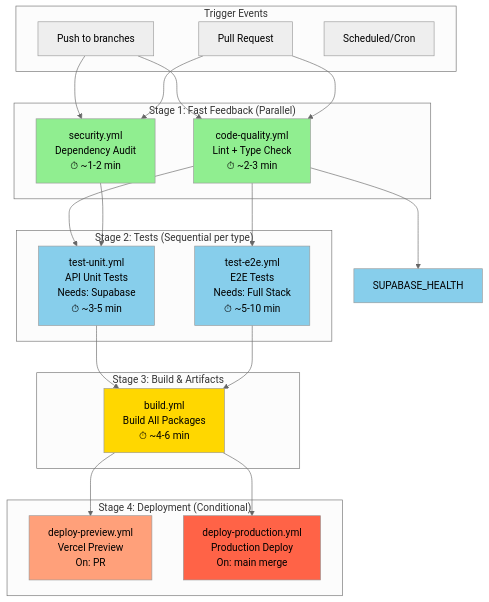
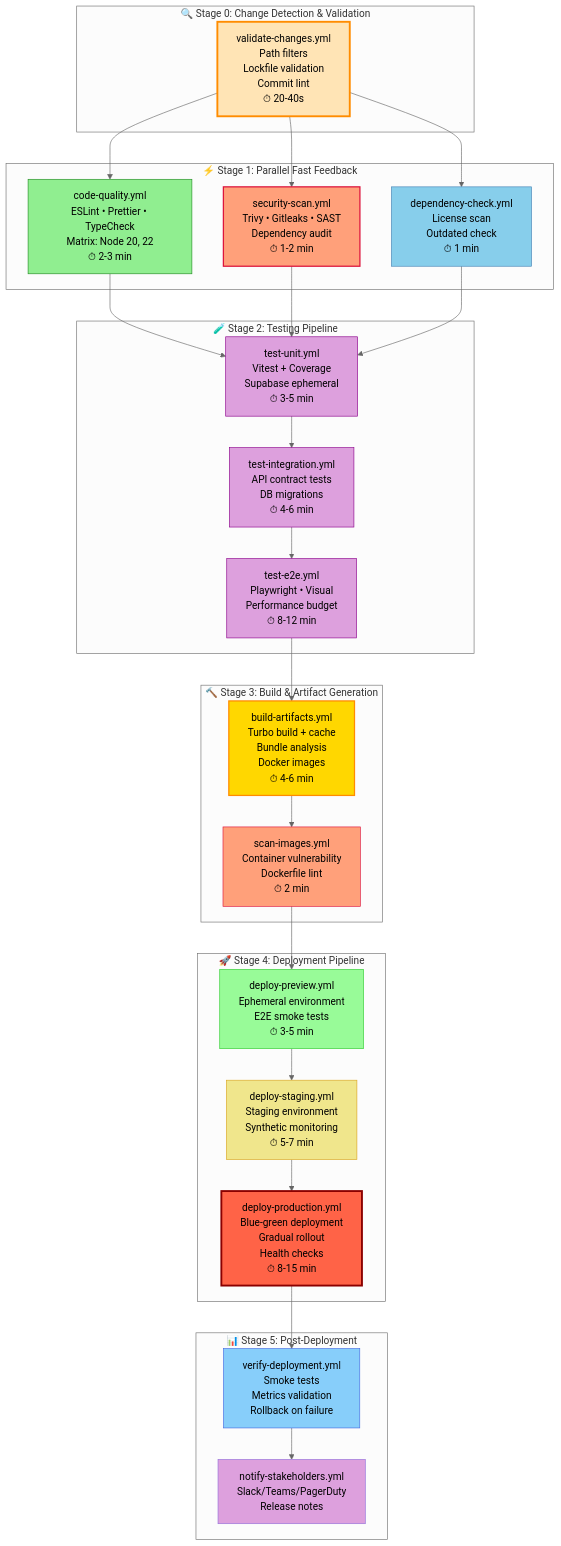
One commit to BrightonMboya/kilimo changed the diagram in .github/WORKFLOWS_ARCHITECTURE.md. Above: the diagram before and after it, drawn with Mermaid (neutral theme). The commit also changed other lines of this file and 9 other files, not shown here.

First line of the commit message:
ci: remove old workflows and start fresh with new architecture

````diff
--- a/.github/WORKFLOWS_ARCHITECTURE.md
+++ b/.github/WORKFLOWS_ARCHITECTURE.md
@@ -16,52 +52,69 @@
 ```mermaid
 graph TB
-    subgraph "Trigger Events"
-        PUSH[Push to branches]
-        PR[Pull Request]
-        SCHEDULE[Scheduled/Cron]
+    subgraph "🔍 Stage 0: Change Detection & Validation"
+        VALIDATE[validate-changes.yml<br/>Path filters<br/>Lockfile validation<br/>Commit lint<br/>⏱ 20-40s]
     end
 
-    subgraph "Stage 1: Fast Feedback (Parallel)"
-        LINT[code-quality.yml<br/>Lint + Type Check<br/>⏱ ~2-3 min]
-        SECURITY[security.yml<br/>Dependency Audit<br/>⏱ ~1-2 min]
+    subgraph "⚡ Stage 1: Parallel Fast Feedback"
+        LINT[code-quality.yml<br/>ESLint • Prettier • TypeCheck<br/>Matrix: Node 20, 22<br/>⏱ 2-3 min]
+        SECURITY[security-scan.yml<br/>Trivy • Gitleaks • SAST<br/>Dependency audit<br/>⏱ 1-2 min]
+        DEPS[dependency-check.yml<br/>License scan<br/>Outdated check<br/>⏱ 1 min]
     end
 
-    subgraph "Stage 2: Tests (Sequential per type)"
-        TEST_UNIT[test-unit.yml<br/>API Unit Tests<br/>Needs: Supabase<br/>⏱ ~3-5 min]
-        TEST_E2E[test-e2e.yml<br/>E2E Tests<br/>Needs: Full Stack<br/>⏱ ~5-10 min]
+    subgraph "🧪 Stage 2: Testing Pipeline"
+        TEST_UNIT[test-unit.yml<br/>Vitest + Coverage<br/>Supabase ephemeral<br/>⏱ 3-5 min]
+        TEST_INT[test-integration.yml<br/>API contract tests<br/>DB migrations<br/>⏱ 4-6 min]
+        TEST_E2E[test-e2e.yml<br/>Playwright • Visual<br/>Performance budget<br/>⏱ 8-12 min]
     end
 
-    subgraph "Stage 3: Build & Artifacts"
-        BUILD[build.yml<br/>Build All Packages<br/>⏱ ~4-6 min]
+    subgraph "🔨 Stage 3: Build & Artifact Generation"
+        BUILD[build-artifacts.yml<br/>Turbo build + cache<br/>Bundle analysis<br/>Docker images<br/>⏱ 4-6 min]
+        SCAN_IMG[scan-images.yml<br/>Container vulnerability<br/>Dockerfile lint<br/>⏱ 2 min]
     end
 
-    subgraph "Stage 4: Deployment (Conditional)"
-        PREVIEW[deploy-preview.yml<br/>Vercel Preview<br/>On: PR]
-        PROD[deploy-production.yml<br/>Production Deploy<br/>On: main merge]
+    subgraph "🚀 Stage 4: Deployment Pipeline"
+        DEPLOY_PREVIEW[deploy-preview.yml<br/>Ephemeral environment<br/>E2E smoke tests<br/>⏱ 3-5 min]
+        DEPLOY_STAGING[deploy-staging.yml<br/>Staging environment<br/>Synthetic monitoring<br/>⏱ 5-7 min]
+        DEPLOY_PROD[deploy-production.yml<br/>Blue-green deployment<br/>Gradual rollout<br/>Health checks<br/>⏱ 8-15 min]
     end
 
-    PUSH --> LINT
-    PUSH --> SECURITY
-    PR --> LINT
-    PR --> SECURITY
+    subgraph "📊 Stage 5: Post-Deployment"
+        VERIFY[verify-deployment.yml<br/>Smoke tests<br/>Metrics validation<br/>Rollback on failure]
+        NOTIFY[notify-stakeholders.yml<br/>Slack/Teams/PagerDuty<br/>Release notes]
+    end
 
-    LINT --> SUPABASE_HEALTH
+    VALIDATE --> LINT
+    VALIDATE --> SECURITY
+    VALIDATE --> DEPS
+
     LINT --> TEST_UNIT
-    LINT --> TEST_E2E
     SECURITY --> TEST_UNIT
+    DEPS --> TEST_UNIT
 
-    TEST_UNIT --> BUILD
+    TEST_UNIT --> TEST_INT
+    TEST_INT --> TEST_E2E
+
     TEST_E2E --> BUILD
+    BUILD --> SCAN_IMG
 
-    BUILD --> PREVIEW
-    BUILD --> PROD
+    SCAN_IMG --> DEPLOY_PREVIEW
+    DEPLOY_PREVIEW --> DEPLOY_STAGING
+    DEPLOY_STAGING --> DEPLOY_PROD
+    DEPLOY_PROD --> VERIFY
+    VERIFY --> NOTIFY
 
-    style LINT fill:#90EE90
-    style SECURITY fill:#90EE90
-    style SUPABASE_HEALTH fill:#87CEEB
-    style TEST_UNIT fill:#87CEEB
-    style TEST_E2E fill:#87CEEB
-    style BUILD fill:#FFD700
-    style PREVIEW fill:#FFA07A
-    style PROD fill:#FF6347
+    style VALIDATE fill:#FFE4B5,stroke:#FF8C00,stroke-width:3px
+    style LINT fill:#90EE90,stroke:#228B22
+    style SECURITY fill:#FFA07A,stroke:#DC143C,stroke-width:2px
+    style DEPS fill:#87CEEB,stroke:#4682B4
+    style TEST_UNIT fill:#DDA0DD,stroke:#8B008B
+    style TEST_INT fill:#DDA0DD,stroke:#8B008B
+    style TEST_E2E fill:#DDA0DD,stroke:#8B008B
+    style BUILD fill:#FFD700,stroke:#FF8C00,stroke-width:2px
+    style SCAN_IMG fill:#FFA07A,stroke:#DC143C
+    style DEPLOY_PREVIEW fill:#98FB98,stroke:#32CD32
+    style DEPLOY_STAGING fill:#F0E68C,stroke:#DAA520
+    style DEPLOY_PROD fill:#FF6347,stroke:#8B0000,stroke-width:3px
+    style VERIFY fill:#87CEFA,stroke:#4169E1
+    style NOTIFY fill:#DDA0DD,stroke:#9370DB
 ```
````
